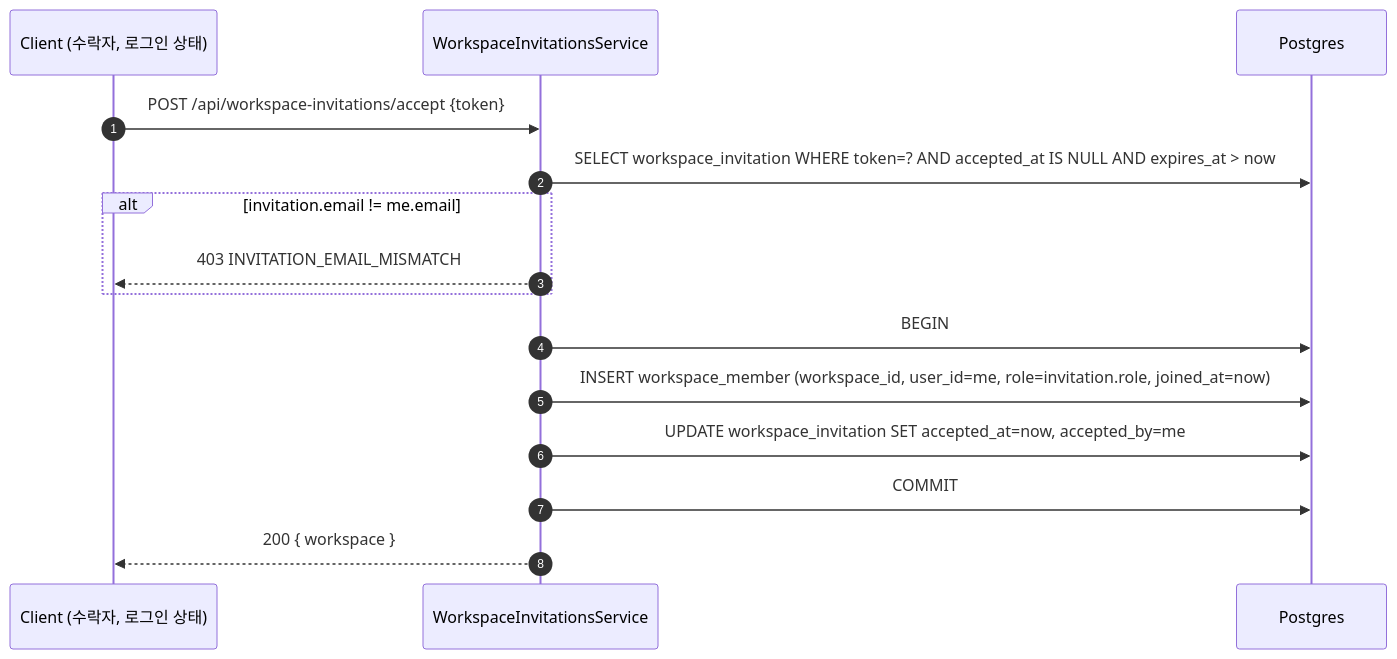
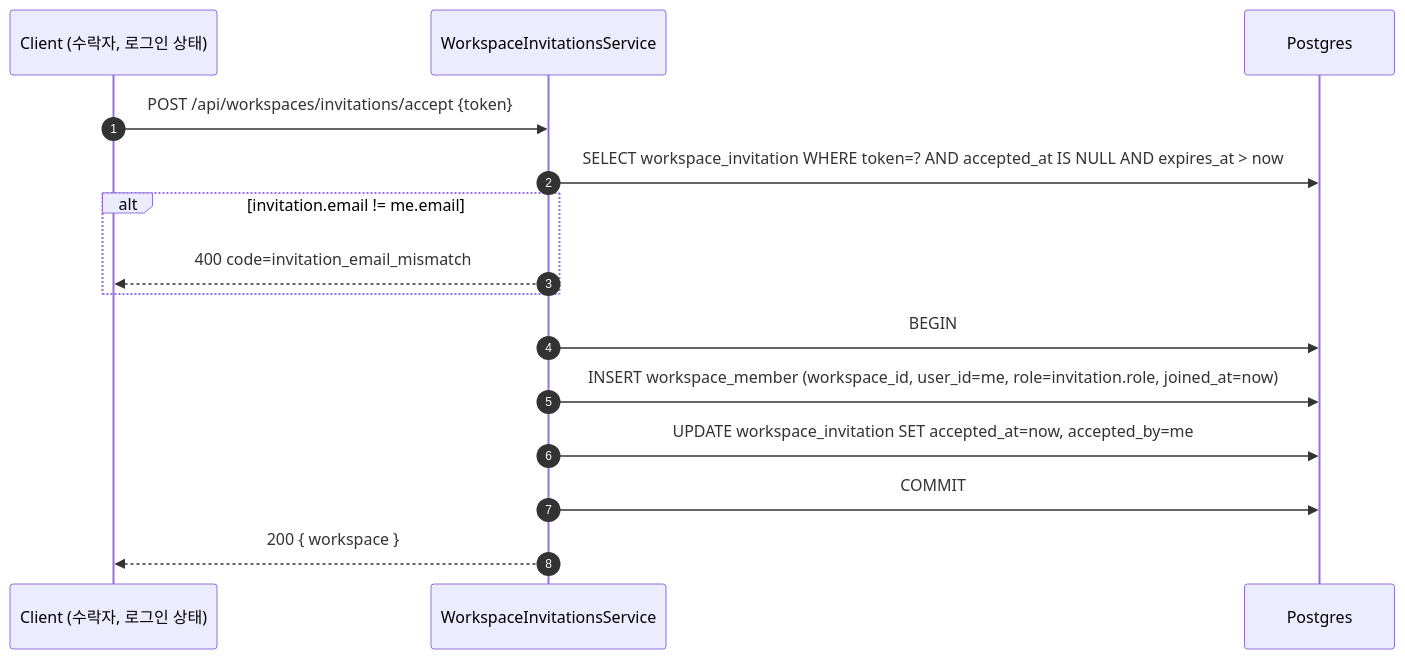
Before and after one commit to worker-ants/clemvion: the third of 5 diagrams in spec/data-flow/12-workspace.md, drawn with Mermaid. The commit also changed other lines of this file and 186 other files, not shown here.

````diff
--- a/spec/data-flow/12-workspace.md
+++ b/spec/data-flow/12-workspace.md
@@ -63,18 +63,18 @@
 ```mermaid
 sequenceDiagram
   autonumber
   participant C as Client (수락자, 로그인 상태)
   participant Svc as WorkspaceInvitationsService
   participant PG as Postgres
 
-  C->>Svc: POST /api/workspace-invitations/accept {token}
+  C->>Svc: POST /api/workspaces/invitations/accept {token}
   Svc->>PG: SELECT workspace_invitation WHERE token=? AND accepted_at IS NULL AND expires_at > now
   alt invitation.email != me.email
-    Svc-->>C: 403 INVITATION_EMAIL_MISMATCH
+    Svc-->>C: 400 code=invitation_email_mismatch
   end
   Svc->>PG: BEGIN
   Svc->>PG: INSERT workspace_member (workspace_id, user_id=me, role=invitation.role, joined_at=now)
   Svc->>PG: UPDATE workspace_invitation SET accepted_at=now, accepted_by=me
   Svc->>PG: COMMIT
   Svc-->>C: 200 { workspace }
 ```
````
